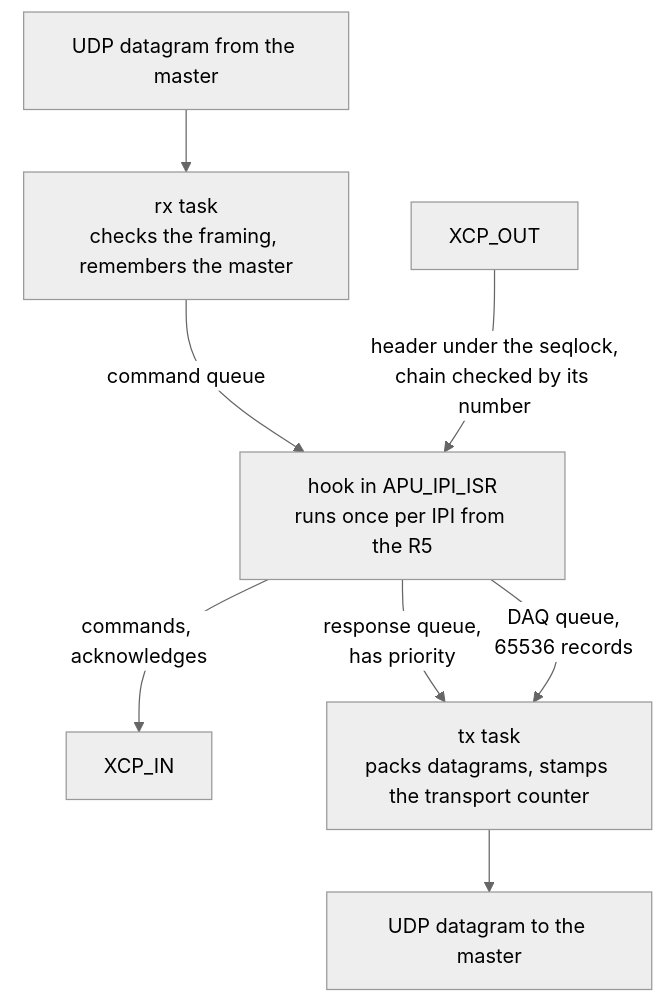
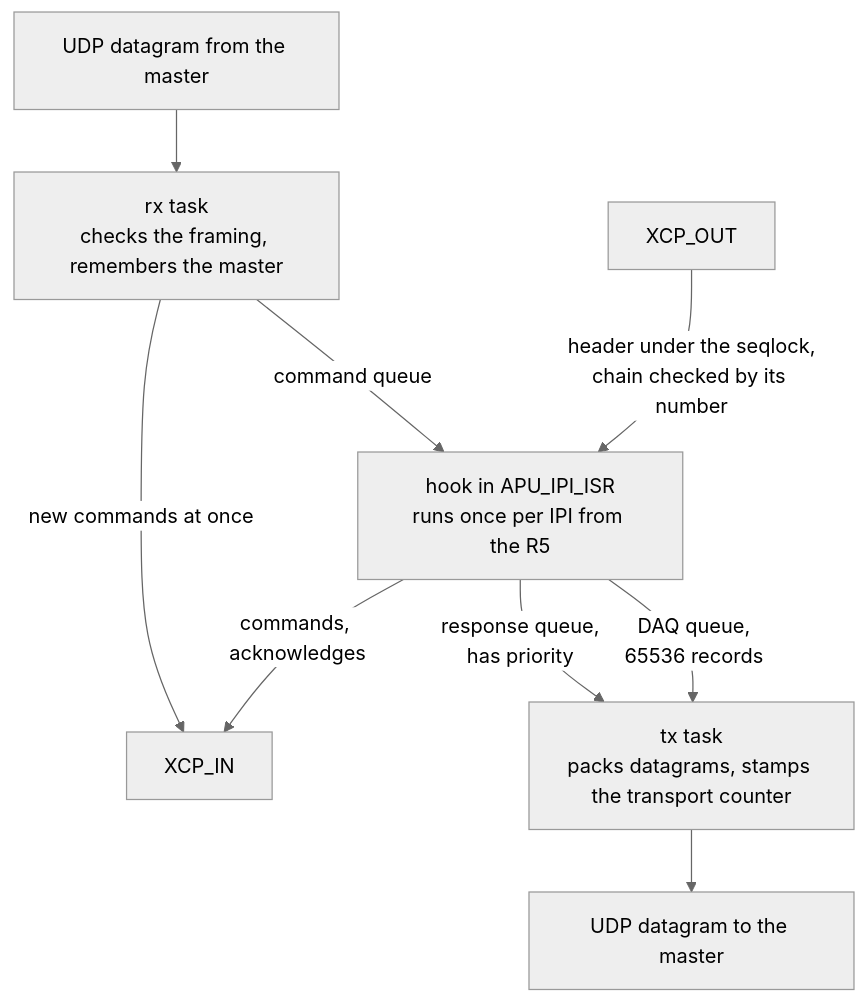
Before and after one commit to ultrazohm/ultrazohm_sw: the third of 5 diagrams in docs/source/guide/XCP/XCP_architecture.rst, drawn with Mermaid (neutral theme). The commit also changed other lines of this file and 2 other files, not shown here.

```diff
--- a/docs/source/guide/XCP/XCP_architecture.rst
+++ b/docs/source/guide/XCP/XCP_architecture.rst
@@ -133,12 +139,13 @@
 .. mermaid::
     :align: center
     :caption: Tasks, queues and interrupt hook of the gateway on the A53
 
     flowchart TB
       min["UDP datagram from the master"] --> rx["rx task<br>checks the framing, remembers the master"]
       rx -- "command queue" --> isr["hook in APU_IPI_ISR<br>runs once per IPI from the R5"]
+      rx -- "new commands at once" --> xin
       xout["XCP_OUT"] -- "header under the seqlock,<br>chain checked by its number" --> isr
       isr -- "commands, acknowledges" --> xin["XCP_IN"]
       isr -- "response queue,<br>has priority" --> tx["tx task<br>packs datagrams, stamps the transport counter"]
       isr -- "DAQ queue,<br>65536 records" --> tx
       tx --> mout["UDP datagram to the master"]
```
